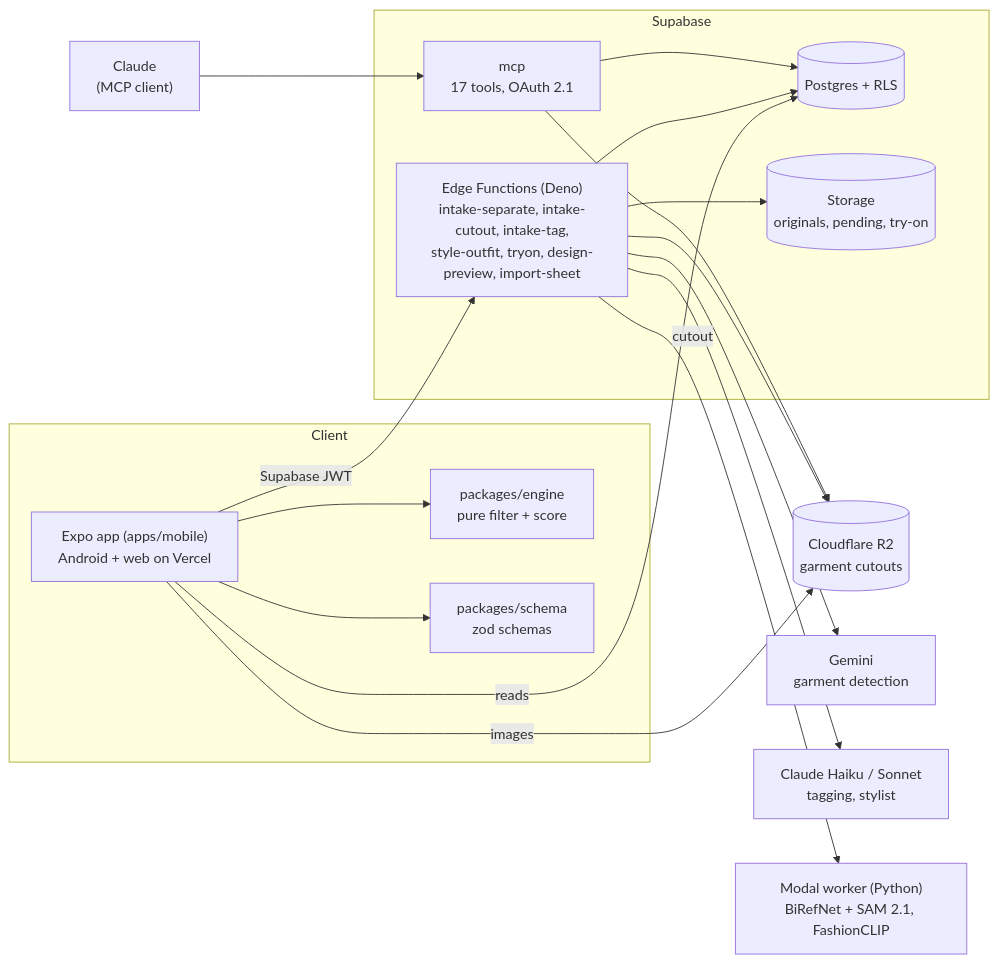
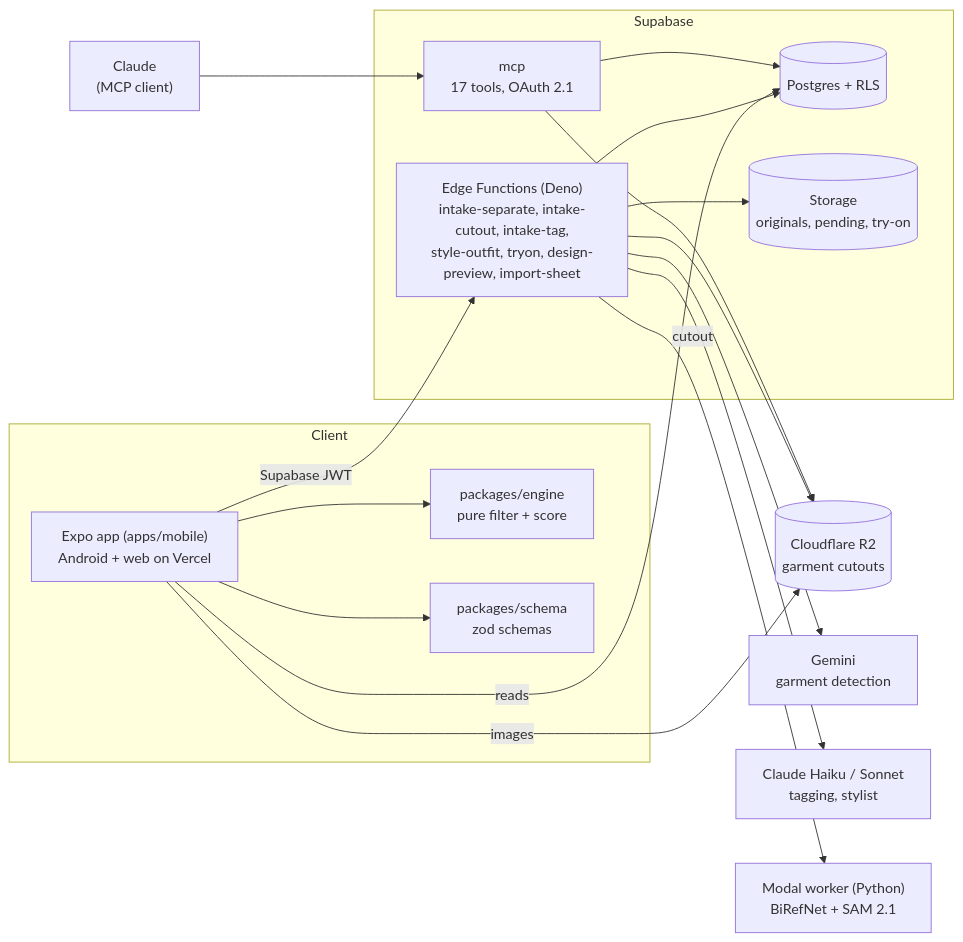
Before and after one commit to Royc4515/fit-check: the diagram in docs/REPO_AUDIT.md, drawn with Mermaid. The commit also changed other lines of this file and 1 other file, not shown here.

Commit message:
Drop FashionCLIP from the README after main removed the /embed endpoint
Claude-Session: https://claude.ai/code/session_01HdCAWDddosdtNujVE4MGjL

````diff
--- a/docs/REPO_AUDIT.md
+++ b/docs/REPO_AUDIT.md
@@ -11,34 +11,34 @@
 ```mermaid
 flowchart LR
   subgraph Client
     App["Expo app (apps/mobile)<br/>Android + web on Vercel"]
     Engine["packages/engine<br/>pure filter + score"]
     Schema["packages/schema<br/>zod schemas"]
   end
   Claude["Claude<br/>(MCP client)"]
   subgraph Supabase
     EF["Edge Functions (Deno)<br/>intake-separate, intake-cutout, intake-tag,<br/>style-outfit, tryon, design-preview, import-sheet"]
     MCP["mcp<br/>17 tools, OAuth 2.1"]
     DB[("Postgres + RLS")]
     ST[("Storage<br/>originals, pending, try-on")]
   end
   R2[("Cloudflare R2<br/>garment cutouts")]
   Gemini["Gemini<br/>garment detection"]
   Anthropic["Claude Haiku / Sonnet<br/>tagging, stylist"]
-  Worker["Modal worker (Python)<br/>BiRefNet + SAM 2.1, FashionCLIP"]
+  Worker["Modal worker (Python)<br/>BiRefNet + SAM 2.1"]
 
   App --> Engine
   App --> Schema
   App -->|Supabase JWT| EF
   App -->|reads| DB
   App -->|images| R2
   Claude --> MCP
   EF --> DB
   EF --> ST
   EF --> R2
   MCP --> DB
   MCP --> R2
   EF --> Gemini
   EF --> Anthropic
   EF -->|cutout| Worker
 ```
````
